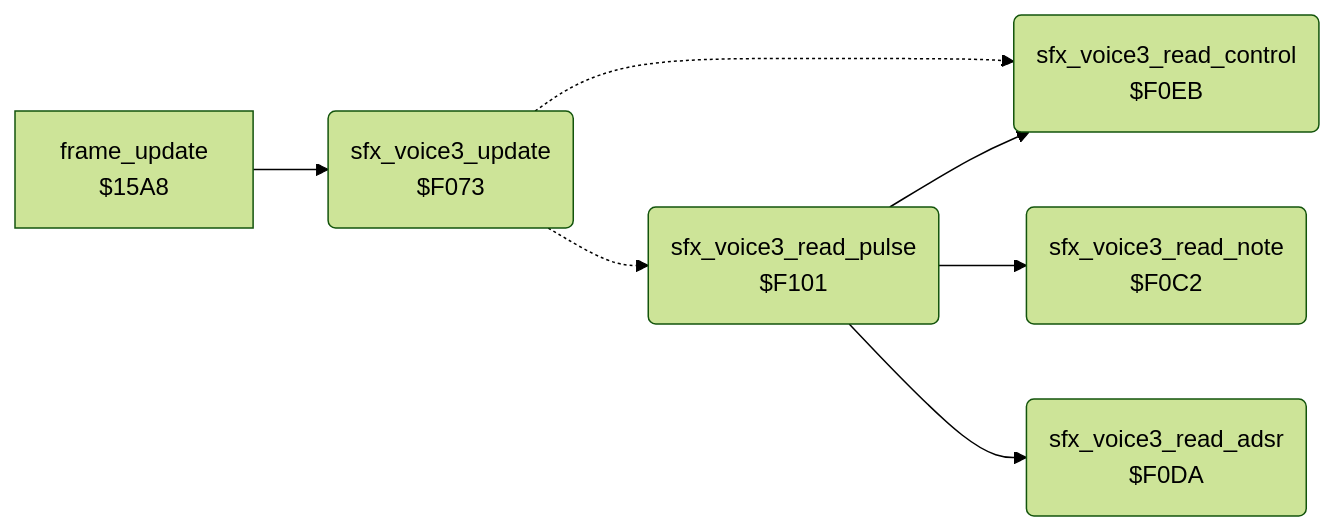
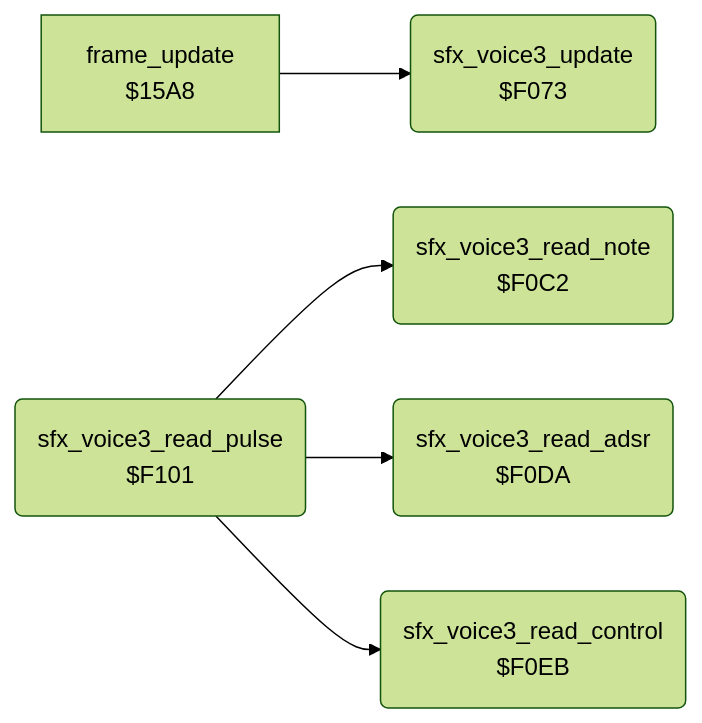
The diagram in bruce_lee/docs/reference/modules/sfx/sfx_voice3.md (henols/c64_games), drawn with Mermaid (forest theme) before and after one commit. The commit also changed other lines of this file and 236 other files, not shown here.

````diff
--- a/bruce_lee/docs/reference/modules/sfx/sfx_voice3.md
+++ b/bruce_lee/docs/reference/modules/sfx/sfx_voice3.md
@@ -10,15 +28,13 @@
 ```mermaid
 flowchart LR
   n15a8["frame_update<br/>$15A8"]
   nf073("sfx_voice3_update<br/>$F073")
   nf0c2("sfx_voice3_read_note<br/>$F0C2")
   nf0da("sfx_voice3_read_adsr<br/>$F0DA")
   nf0eb("sfx_voice3_read_control<br/>$F0EB")
   nf101("sfx_voice3_read_pulse<br/>$F101")
   n15a8 --> nf073
-  nf073 -.-> nf0eb
-  nf073 -.-> nf101
   nf101 --> nf0c2
   nf101 --> nf0da
   nf101 --> nf0eb
 ```
````
